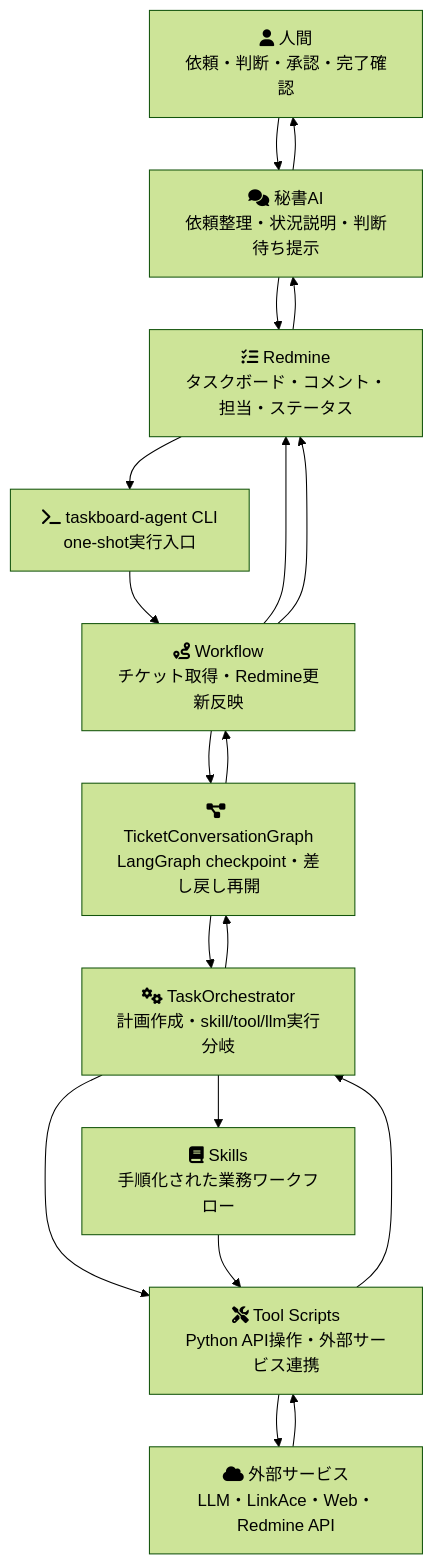
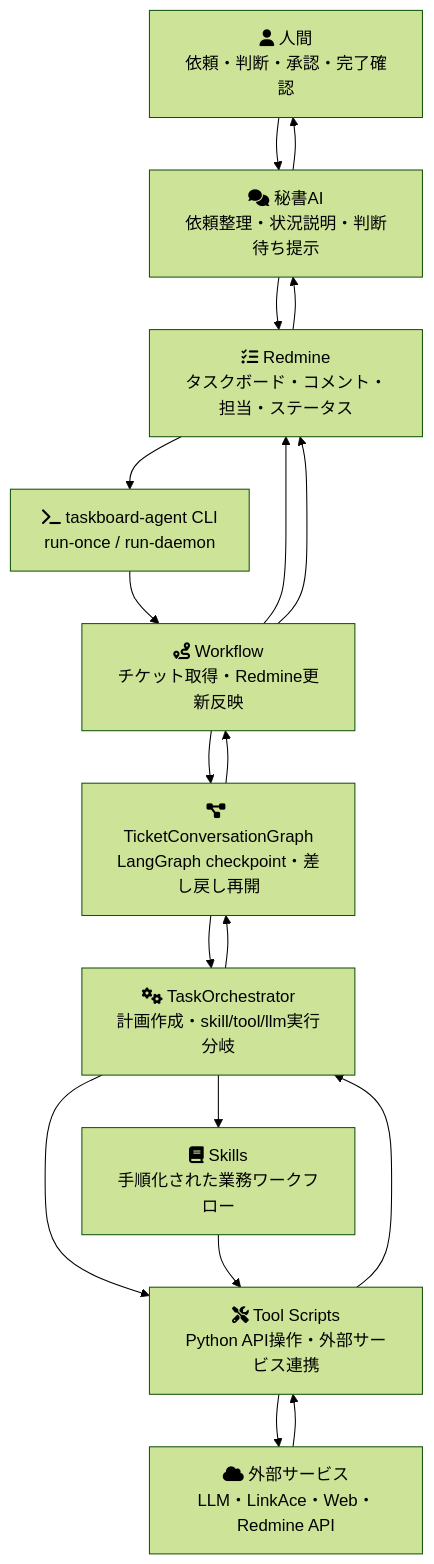
The diagram in README.md (u6k/taskboard-agent-orchestrator), drawn with Mermaid (forest theme) before and after one commit. The commit also changed other lines of this file and 7 other files, not shown here.

Commit message:
Add polling daemon for taskboard-agent

````diff
--- a/README.md
+++ b/README.md
@@ -15,32 +15,32 @@
 ```mermaid
 flowchart TD
     Human["fa:fa-user 人間<br/>依頼・判断・承認・完了確認"]
     Secretary["fa:fa-comments 秘書AI<br/>依頼整理・状況説明・判断待ち提示"]
     Redmine["fa:fa-list-check Redmine<br/>タスクボード・コメント・担当・ステータス"]
-    CLI["fa:fa-terminal taskboard-agent CLI<br/>one-shot実行入口"]
+    CLI["fa:fa-terminal taskboard-agent CLI<br/>run-once / run-daemon"]
     Workflow["fa:fa-route Workflow<br/>チケット取得・Redmine更新反映"]
     Graph["fa:fa-diagram-project TicketConversationGraph<br/>LangGraph checkpoint・差し戻し再開"]
     Orchestrator["fa:fa-gears TaskOrchestrator<br/>計画作成・skill/tool/llm実行分岐"]
     Skills["fa:fa-book Skills<br/>手順化された業務ワークフロー"]
     Tools["fa:fa-screwdriver-wrench Tool Scripts<br/>Python API操作・外部サービス連携"]
     Services["fa:fa-cloud 外部サービス<br/>LLM・LinkAce・Web・Redmine API"]
 
     Human --> Secretary
     Secretary --> Redmine
     Redmine --> CLI
     CLI --> Workflow
     Workflow --> Redmine
     Workflow --> Graph
     Graph --> Orchestrator
     Orchestrator --> Skills
     Orchestrator --> Tools
     Skills --> Tools
     Tools --> Services
     Services --> Tools
     Tools --> Orchestrator
     Orchestrator --> Graph
     Graph --> Workflow
     Workflow --> Redmine
     Redmine --> Secretary
     Secretary --> Human
 ```
````
